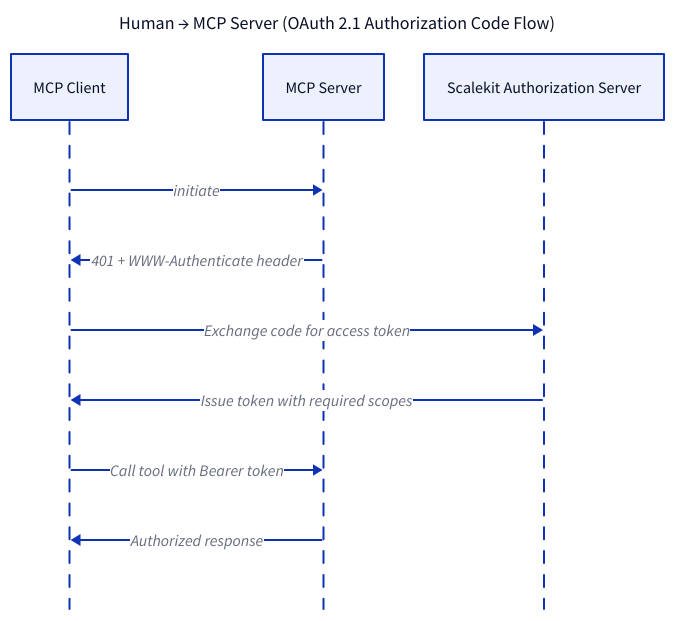
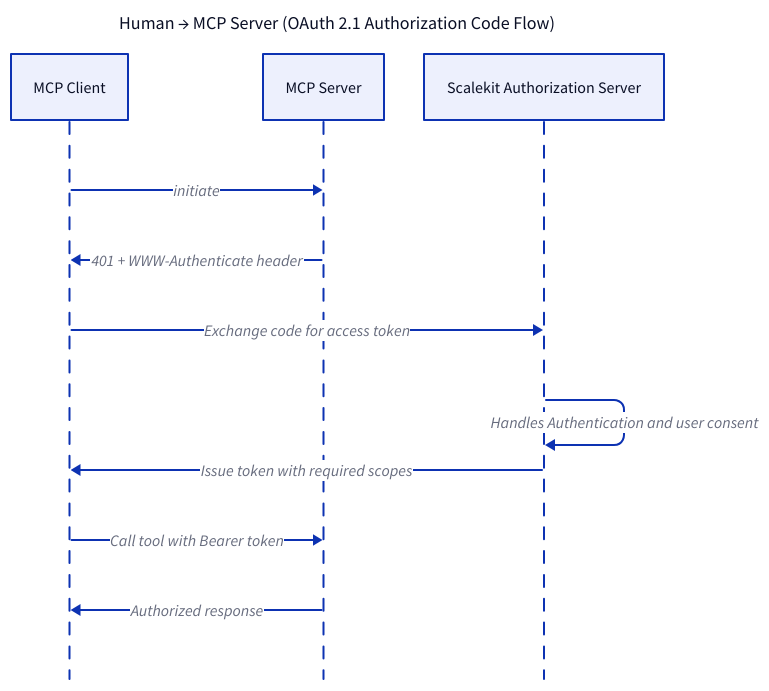
Before and after one commit to scalekit-inc/developer-docs: the diagram in src/content/docs/mcp/topologies/human-mcp.mdx, drawn with D2. The commit also changed other lines of this file and 5 other files, not shown here.

````diff
--- a/src/content/docs/mcp/topologies/human-mcp.mdx
+++ b/src/content/docs/mcp/topologies/human-mcp.mdx
@@ -32,16 +37,17 @@
 ```d2 pad=36
 title: "Human → MCP Server (OAuth 2.1 Authorization Code Flow)" {
   near: top-center
   shape: text
   style.font-size: 18
 }
 
 shape: sequence_diagram
 
 MCP Client -> MCP Server: initiate
 MCP Server -> MCP Client: 401 + WWW-Authenticate header
 MCP Client -> Scalekit Authorization Server: Exchange code for access token
+Scalekit Authorization Server -> Scalekit Authorization Server: Handles Authentication and user consent
 Scalekit Authorization Server -> MCP Client: Issue token with required scopes
 MCP Client -> MCP Server: Call tool with Bearer token
 MCP Server -> MCP Client: Authorized response
 ```
````
